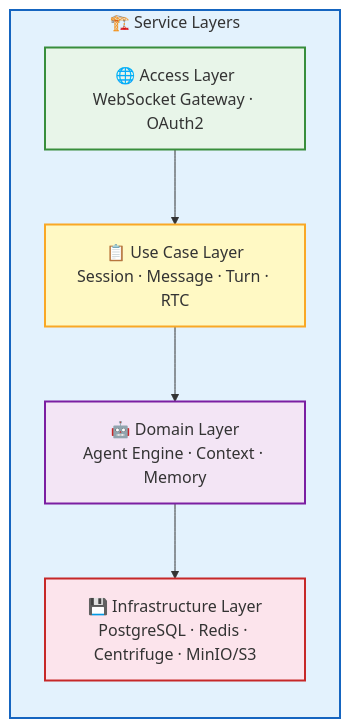
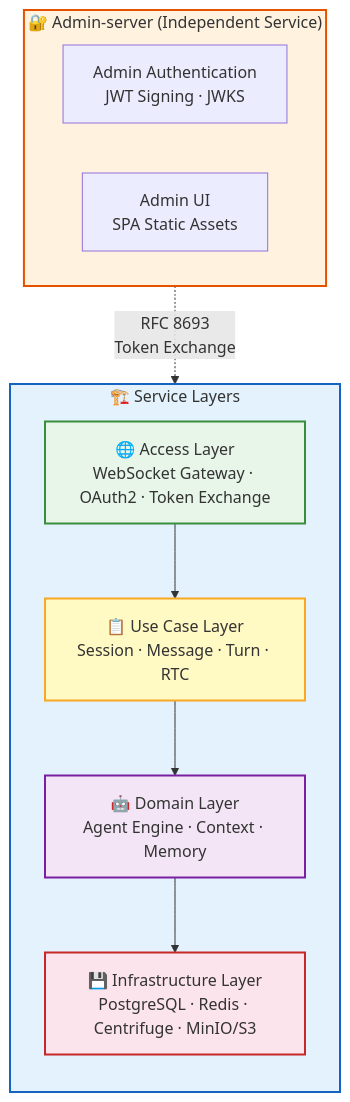
Before and after one commit to rtc-agent/docs: the first of 14 diagrams in src/content/docs/en/architecture/backend.md, drawn with Mermaid. The commit also changed other lines of this file and 12 other files, not shown here.

First line of the commit message:
docs: sync documentation with recent server/web-components changes

````diff
--- a/src/content/docs/en/architecture/backend.md
+++ b/src/content/docs/en/architecture/backend.md
@@ -10,18 +10,26 @@
 ```mermaid
 flowchart TD
     subgraph LAYERS["🏗️ Service Layers"]
         direction TB
-        L1["🌐 Access Layer<br/>WebSocket Gateway · OAuth2"]
+        L1["🌐 Access Layer<br/>WebSocket Gateway · OAuth2 · Token Exchange"]
         L2["📋 Use Case Layer<br/>Session · Message · Turn · RTC"]
         L3["🤖 Domain Layer<br/>Agent Engine · Context · Memory"]
         L4["💾 Infrastructure Layer<br/>PostgreSQL · Redis · Centrifuge · MinIO/S3"]
     end
 
+    subgraph ADMIN["🔐 Admin-server (Independent Service)"]
+        direction LR
+        ADM_AUTH["Admin Authentication<br/>JWT Signing · JWKS"]
+        ADM_UI["Admin UI<br/>SPA Static Assets"]
+    end
+
     L1 --> L2 --> L3 --> L4
+    ADM_AUTH -.->|"RFC 8693<br/>Token Exchange"| L1
 
     style LAYERS fill:#e3f2fd,stroke:#1565c0,stroke-width:2px
     style L1 fill:#e8f5e9,stroke:#388e3c,stroke-width:2px
     style L2 fill:#fff9c4,stroke:#f9a825,stroke-width:2px
     style L3 fill:#f3e5f5,stroke:#7b1fa2,stroke-width:2px
     style L4 fill:#fce4ec,stroke:#c62828,stroke-width:2px
+    style ADMIN fill:#fff3e0,stroke:#e65100,stroke-width:2px
 ```
````
